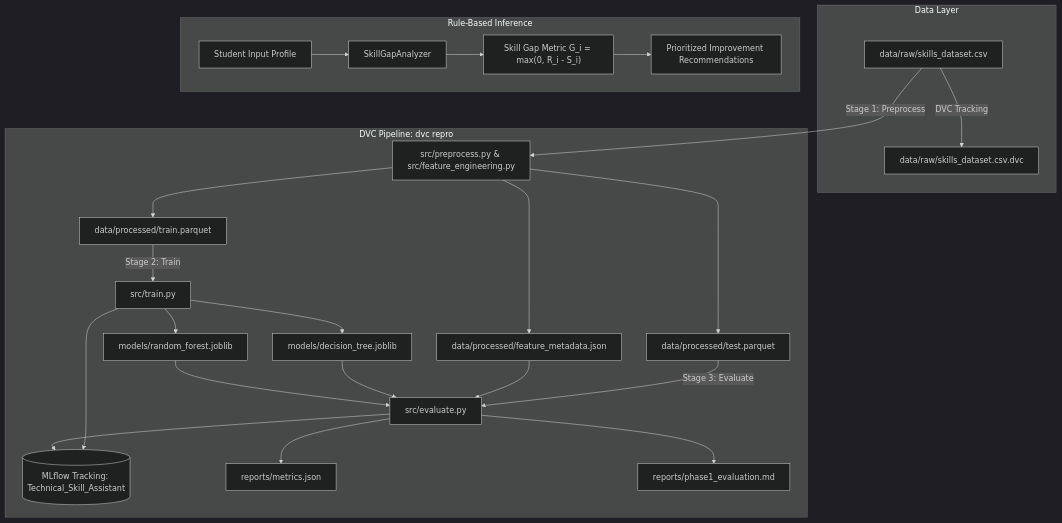
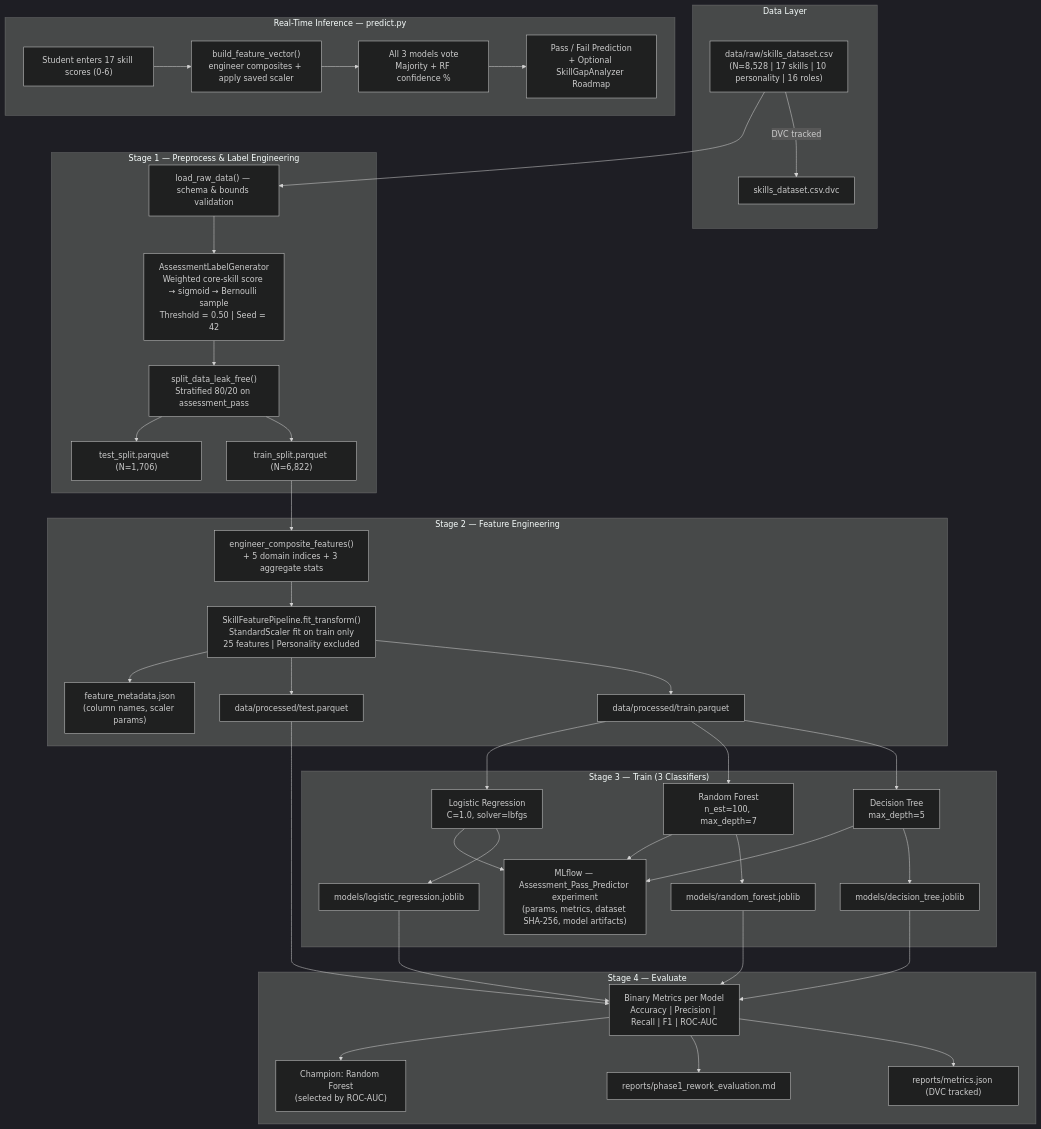
The diagram in README.md (ShreyasPlays/AI-Technical-Skill-Development-Assistant), drawn with Mermaid (dark theme) before and after one commit. The commit also changed other lines of this file and 17 other files, not shown here.

Commit message:
feat: phase 1 rework - binary assessment pass prediction (70-80% accuracy) and skill gap roadmap

````diff
--- a/README.md
+++ b/README.md
@@ -26,32 +31,47 @@
 ```mermaid
 flowchart TD
     subgraph DataLayer ["Data Layer"]
-        A["data/raw/skills_dataset.csv"] -->|DVC Tracking| B["data/raw/skills_dataset.csv.dvc"]
+        A["data/raw/skills_dataset.csv\n(N=8,528 | 17 skills | 10 personality | 16 roles)"]
+        A --> |DVC tracked| B["skills_dataset.csv.dvc"]
     end
 
-    subgraph PipelineOrchestration ["DVC Pipeline: dvc repro"]
-        A -->|Stage 1: Preprocess| C["src/preprocess.py & src/feature_engineering.py"]
-        C --> D["data/processed/train.parquet"]
-        C --> E["data/processed/test.parquet"]
-        C --> F["data/processed/feature_metadata.json"]
-        
-        D -->|Stage 2: Train| G["src/train.py"]
-        G --> H["models/decision_tree.joblib"]
-        G --> I["models/random_forest.joblib"]
-        G --> J[("MLflow Tracking: Technical_Skill_Assistant")]
-        
-        E -->|Stage 3: Evaluate| K["src/evaluate.py"]
-        F --> K
-        H --> K
-        I --> K
-        K --> L["reports/metrics.json"]
-        K --> M["reports/phase1_evaluation.md"]
-        K --> J
+    subgraph Stage1 ["Stage 1 — Preprocess & Label Engineering"]
+        A --> C1["load_raw_data() — schema & bounds validation"]
+        C1 --> C2["AssessmentLabelGenerator\nWeighted core-skill score → sigmoid → Bernoulli sample\nThreshold = 0.50 | Seed = 42"]
+        C2 --> C3["split_data_leak_free()\nStratified 80/20 on assessment_pass"]
+        C3 --> D1["train_split.parquet (N=6,822)"]
+        C3 --> D2["test_split.parquet  (N=1,706)"]
     end
 
-    subgraph RuleBasedInference ["Rule-Based Inference"]
-        N["Student Input Profile"] --> O["SkillGapAnalyzer"]
-        O --> P["Skill Gap Metric G_i = max(0, R_i - S_i)"]
-        P --> Q["Prioritized Improvement Recommendations"]
+    subgraph Stage2 ["Stage 2 — Feature Engineering"]
+        D1 --> E1["engineer_composite_features()\n+ 5 domain indices + 3 aggregate stats"]
+        E1 --> E2["SkillFeaturePipeline.fit_transform()\nStandardScaler fit on train only\n25 features | Personality excluded"]
+        E2 --> F1["data/processed/train.parquet"]
+        E2 --> F2["data/processed/test.parquet"]
+        E2 --> F3["feature_metadata.json\n(column names, scaler params)"]
+    end
+
+    subgraph Stage3 ["Stage 3 — Train (3 Classifiers)"]
+        F1 --> G1["Decision Tree\nmax_depth=5"]
+        F1 --> G2["Random Forest\nn_est=100, max_depth=7"]
+        F1 --> G3["Logistic Regression\nC=1.0, solver=lbfgs"]
+        G1 --> H1["models/decision_tree.joblib"]
+        G2 --> H2["models/random_forest.joblib"]
+        G3 --> H3["models/logistic_regression.joblib"]
+        G1 & G2 & G3 --> MLflow["MLflow — Assessment_Pass_Predictor experiment\n(params, metrics, dataset SHA-256, model artifacts)"]
+    end
+
+    subgraph Stage4 ["Stage 4 — Evaluate"]
+        F2 & H1 & H2 & H3 --> I["Binary Metrics per Model\nAccuracy | Precision | Recall | F1 | ROC-AUC"]
+        I --> J1["reports/metrics.json (DVC tracked)"]
+        I --> J2["reports/phase1_rework_evaluation.md"]
+        I --> J3["Champion: Random Forest\n(selected by ROC-AUC)"]
+    end
+
+    subgraph Inference ["Real-Time Inference — predict.py"]
+        K["Student enters 17 skill scores (0-6)"]
+        K --> L["build_feature_vector()\nengineer composites + apply saved scaler"]
+        L --> M["All 3 models vote\nMajority + RF confidence %"]
+        M --> N["Pass / Fail Prediction\n+ Optional SkillGapAnalyzer Roadmap"]
     end
 ```
````
